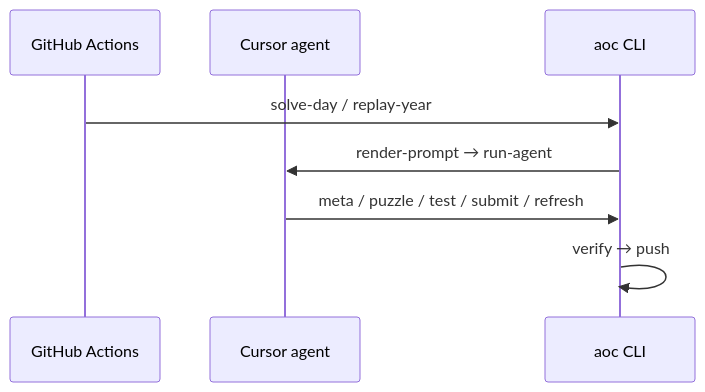
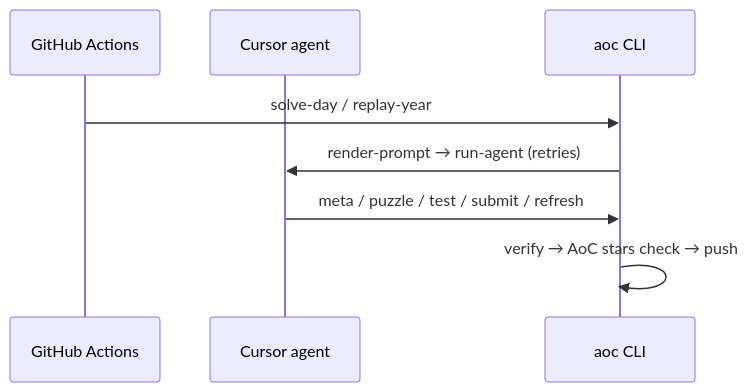
One commit to levyvix/aoc-bot changed the diagram in README.md. Above: the diagram before and after it, drawn with Mermaid. The commit also changed other lines of this file and 7 other files, not shown here.

````diff
--- a/README.md
+++ b/README.md
@@ -7,11 +9,11 @@
 ```mermaid
 sequenceDiagram
     participant CI as GitHub Actions
     participant Agent as Cursor agent
     participant CLI as aoc CLI
 
     CI->>CLI: solve-day / replay-year
-    CLI->>Agent: render-prompt → run-agent
+    CLI->>Agent: render-prompt → run-agent (retries)
     Agent->>CLI: meta / puzzle / test / submit / refresh
-    CLI->>CLI: verify → push
+    CLI->>CLI: verify → AoC stars check → push
 ```
````
